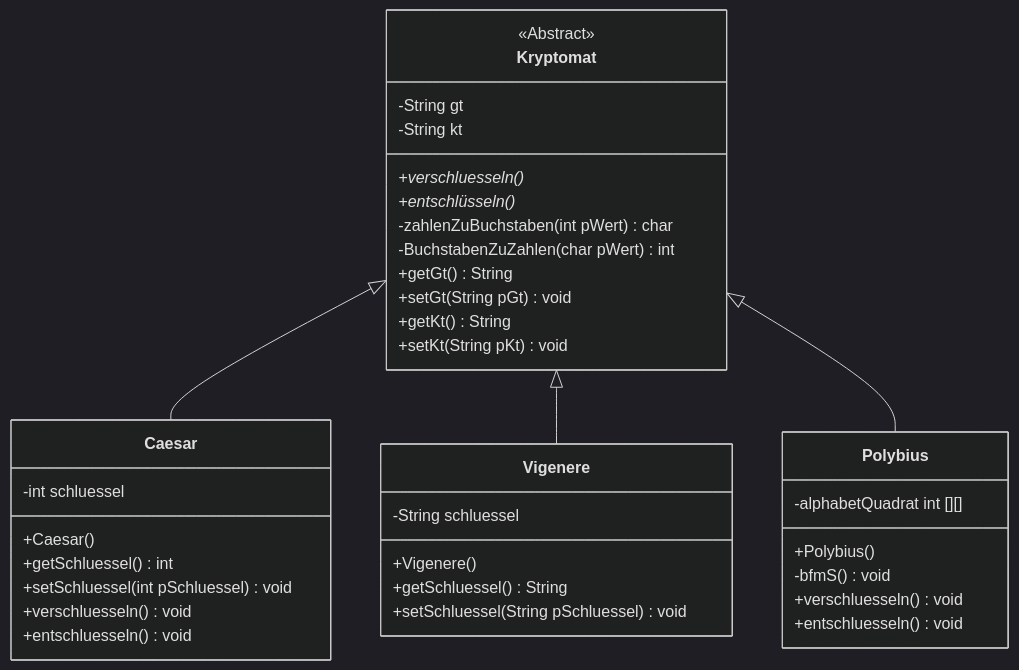
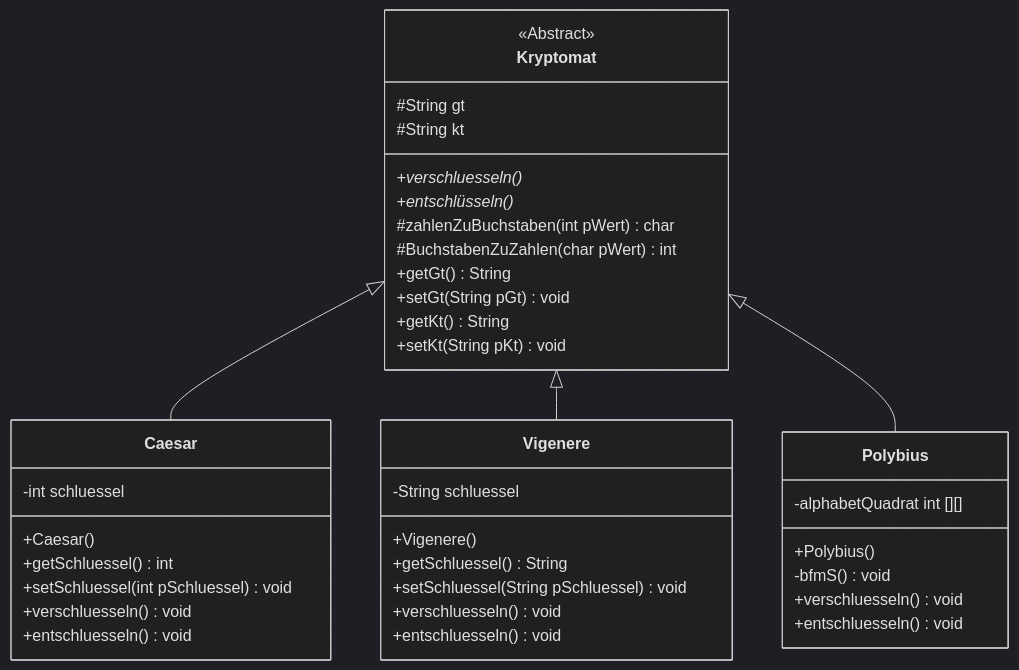
One commit to rueckertgym/begleitmaterial changed the diagram in book/kryptologie/Polybius/Polybius_Modellierung.md. Above: the diagram before and after it, drawn with Mermaid (dark theme).

Commit message:
Aktualisieren book/kryptologie/Polybius/Polybius_Modellierung.md

````diff
--- a/book/kryptologie/Polybius/Polybius_Modellierung.md
+++ b/book/kryptologie/Polybius/Polybius_Modellierung.md
@@ -17,41 +17,43 @@
 ```mermaid
 classDiagram
     Kryptomat <|-- Caesar
     Kryptomat <|-- Vigenere
     Kryptomat <|-- Polybius
     <<Abstract>> Kryptomat
-    Kryptomat : -String gt
-    Kryptomat : -String kt
+    Kryptomat : #String gt
+    Kryptomat : #String kt
     Kryptomat: +verschluesseln()*
     Kryptomat: +entschlüsseln()*
-    Kryptomat: -zahlenZuBuchstaben(int pWert) char
-    Kryptomat: -BuchstabenZuZahlen(char pWert) int
+    Kryptomat: #zahlenZuBuchstaben(int pWert) char
+    Kryptomat: #BuchstabenZuZahlen(char pWert) int
     Kryptomat: +getGt() String
     Kryptomat: +setGt(String pGt) void
     Kryptomat: +getKt() String
     Kryptomat: +setKt(String pKt) void
 
     class Polybius{
       -alphabetQuadrat int [][]
       +Polybius()
       -bfmS() void
       +verschluesseln() void
       +entschluesseln() void
     }
 
     class Caesar{
       -int schluessel
       +Caesar()
       +getSchluessel() int
       +setSchluessel(int pSchluessel) void 
       +verschluesseln() void
       +entschluesseln() void
     }
     class Vigenere{
       -String schluessel
       +Vigenere()
       +getSchluessel() String
       +setSchluessel(String pSchluessel) void
+      +verschluesseln() void
+      +entschluesseln() void
     }
     
 ```
````
